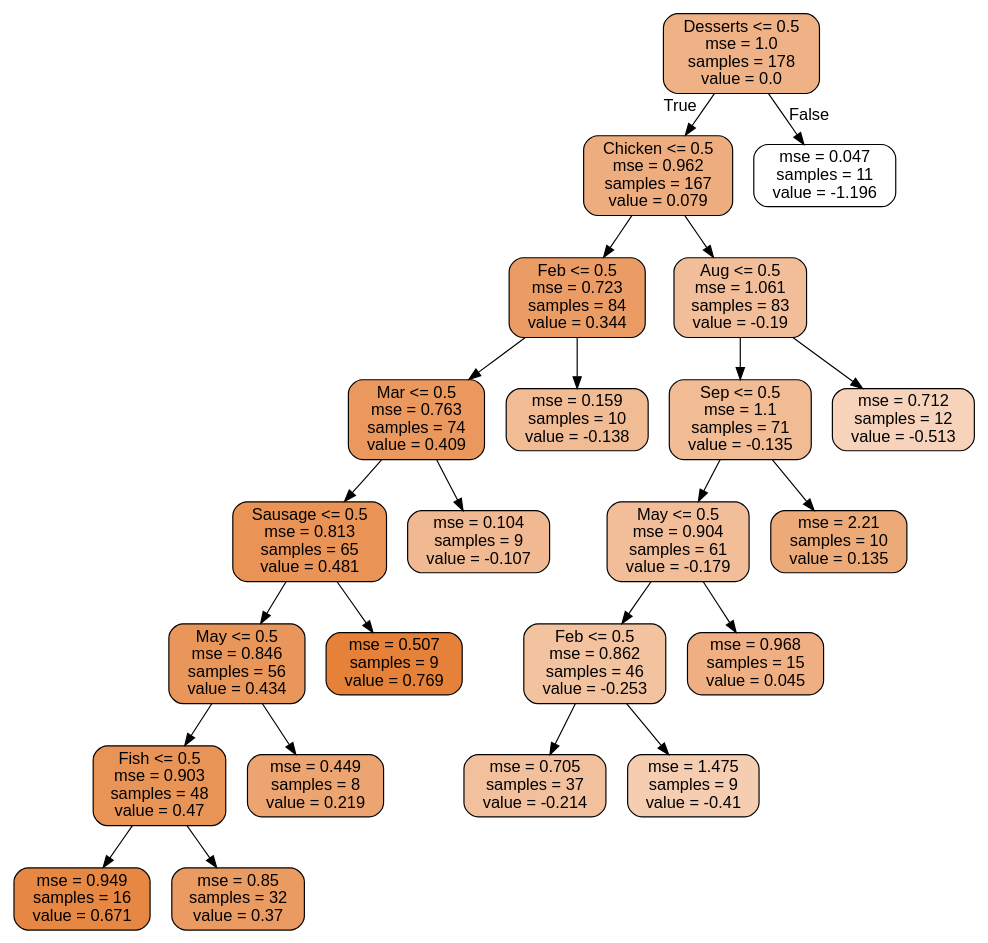
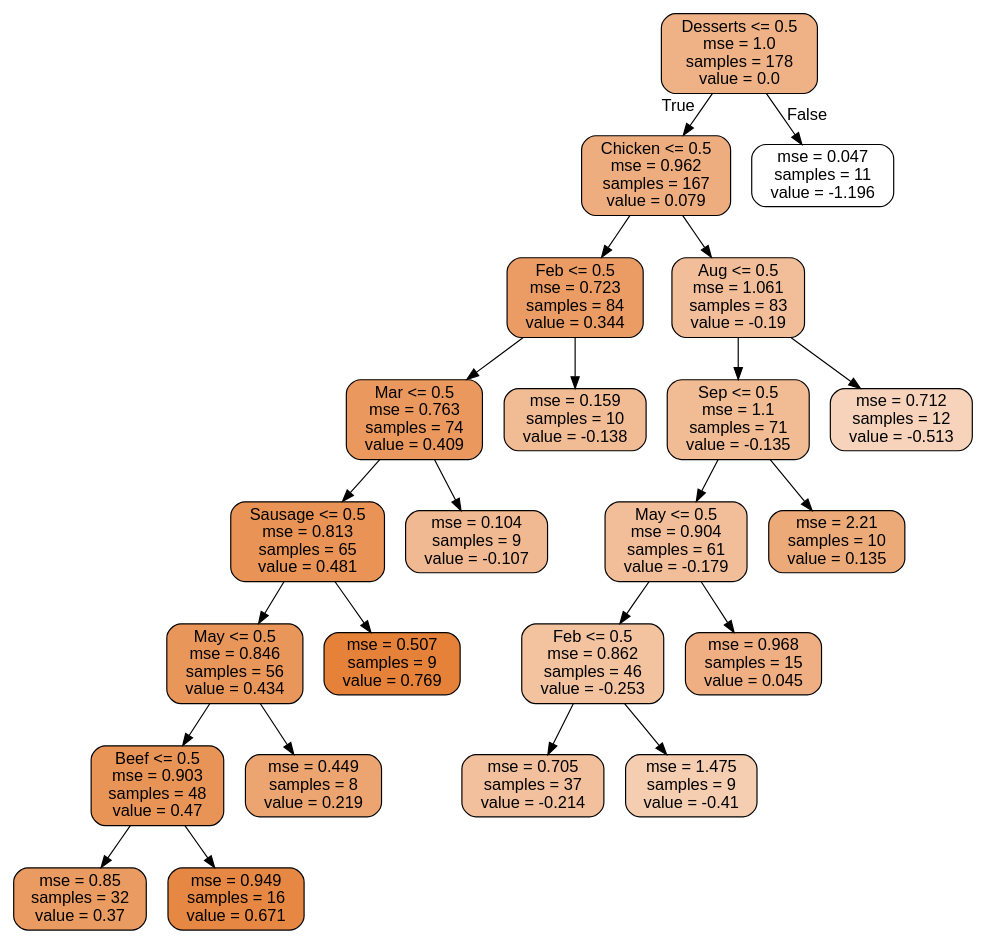
One commit to leader2345/McDonald-Expenditure- changed the diagram in images/Mc_regression_tree_depth_2.dot. Above: the diagram before and after it, drawn with Graphviz. The commit also changed 7 other files, not shown here.

```diff
--- a/images/Mc_regression_tree_depth_2.dot
+++ b/images/Mc_regression_tree_depth_2.dot
@@ -1,49 +1,49 @@
 digraph Tree {
 node [shape=box, style="filled, rounded", color="black", fontname=helvetica] ;
 edge [fontname=helvetica] ;
 0 [label="Desserts <= 0.5\nmse = 1.0\nsamples = 178\nvalue = 0.0", fillcolor="#efb286"] ;
 1 [label="Chicken <= 0.5\nmse = 0.962\nsamples = 167\nvalue = 0.079", fillcolor="#eead7f"] ;
 0 -> 1 [labeldistance=2.5, labelangle=45, headlabel="True"] ;
 2 [label="Feb <= 0.5\nmse = 0.723\nsamples = 84\nvalue = 0.344", fillcolor="#eb9c64"] ;
 1 -> 2 ;
 3 [label="Mar <= 0.5\nmse = 0.763\nsamples = 74\nvalue = 0.409", fillcolor="#ea985d"] ;
 2 -> 3 ;
 4 [label="Sausage <= 0.5\nmse = 0.813\nsamples = 65\nvalue = 0.481", fillcolor="#e99456"] ;
 3 -> 4 ;
 5 [label="May <= 0.5\nmse = 0.846\nsamples = 56\nvalue = 0.434", fillcolor="#e9965b"] ;
 4 -> 5 ;
-6 [label="Fish <= 0.5\nmse = 0.903\nsamples = 48\nvalue = 0.47", fillcolor="#e99457"] ;
+6 [label="Beef <= 0.5\nmse = 0.903\nsamples = 48\nvalue = 0.47", fillcolor="#e99457"] ;
 5 -> 6 ;
-7 [label="mse = 0.949\nsamples = 16\nvalue = 0.671", fillcolor="#e68743"] ;
+7 [label="mse = 0.85\nsamples = 32\nvalue = 0.37", fillcolor="#ea9b61"] ;
 6 -> 7 ;
-8 [label="mse = 0.85\nsamples = 32\nvalue = 0.37", fillcolor="#ea9b61"] ;
+8 [label="mse = 0.949\nsamples = 16\nvalue = 0.671", fillcolor="#e68743"] ;
 6 -> 8 ;
 9 [label="mse = 0.449\nsamples = 8\nvalue = 0.219", fillcolor="#eca470"] ;
 5 -> 9 ;
 10 [label="mse = 0.507\nsamples = 9\nvalue = 0.769", fillcolor="#e58139"] ;
 4 -> 10 ;
 11 [label="mse = 0.104\nsamples = 9\nvalue = -0.107", fillcolor="#f1b991"] ;
 3 -> 11 ;
 12 [label="mse = 0.159\nsamples = 10\nvalue = -0.138", fillcolor="#f1bb94"] ;
 2 -> 12 ;
 13 [label="Aug <= 0.5\nmse = 1.061\nsamples = 83\nvalue = -0.19", fillcolor="#f2be9a"] ;
 1 -> 13 ;
 14 [label="Sep <= 0.5\nmse = 1.1\nsamples = 71\nvalue = -0.135", fillcolor="#f1bb94"] ;
 13 -> 14 ;
 15 [label="May <= 0.5\nmse = 0.904\nsamples = 61\nvalue = -0.179", fillcolor="#f2be99"] ;
 14 -> 15 ;
 16 [label="Feb <= 0.5\nmse = 0.862\nsamples = 46\nvalue = -0.253", fillcolor="#f3c3a0"] ;
 15 -> 16 ;
 17 [label="mse = 0.705\nsamples = 37\nvalue = -0.214", fillcolor="#f2c09c"] ;
 16 -> 17 ;
 18 [label="mse = 1.475\nsamples = 9\nvalue = -0.41", fillcolor="#f5cdb0"] ;
 16 -> 18 ;
 19 [label="mse = 0.968\nsamples = 15\nvalue = 0.045", fillcolor="#efaf82"] ;
 15 -> 19 ;
 20 [label="mse = 2.21\nsamples = 10\nvalue = 0.135", fillcolor="#edaa79"] ;
 14 -> 20 ;
 21 [label="mse = 0.712\nsamples = 12\nvalue = -0.513", fillcolor="#f6d3ba"] ;
 13 -> 21 ;
 22 [label="mse = 0.047\nsamples = 11\nvalue = -1.196", fillcolor="#ffffff"] ;
 0 -> 22 [labeldistance=2.5, labelangle=-45, headlabel="False"] ;
 }
```
